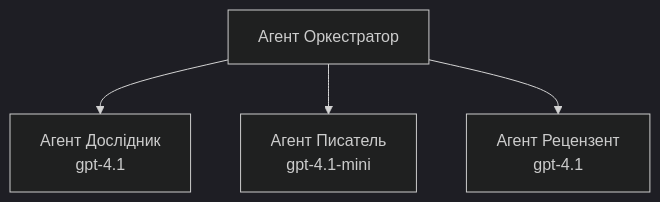
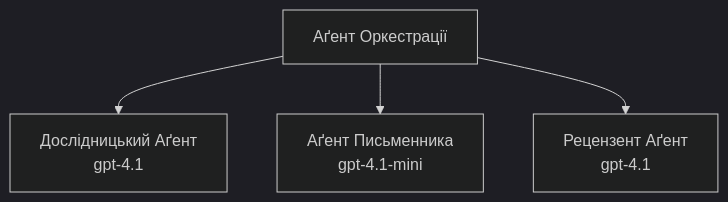
One commit to microsoft/AZD-for-beginners changed the third of 3 diagrams in translations/uk/docs/chapter-02-ai-development/agents.md. Above: the diagram before and after it, drawn with Mermaid (dark theme). The commit also changed other lines of this file and 59 other files, not shown here.

````diff
--- a/translations/uk/docs/chapter-02-ai-development/agents.md
+++ b/translations/uk/docs/chapter-02-ai-development/agents.md
@@ -201,6 +201,6 @@
 ```mermaid
 graph TD
-    Orchestrator[Агент Оркестратор] --> Research[Агент Дослідник<br/>gpt-4.1]
-    Orchestrator --> Writer[Агент Писатель<br/>gpt-4.1-mini]
-    Orchestrator --> Reviewer[Агент Рецензент<br/>gpt-4.1]
+    Orchestrator[Аґент Оркестрації] --> Research[Дослідницький Аґент<br/>gpt-4.1]
+    Orchestrator --> Writer[Аґент Письменника<br/>gpt-4.1-mini]
+    Orchestrator --> Reviewer[Рецензент Аґент<br/>gpt-4.1]
 ```
````
